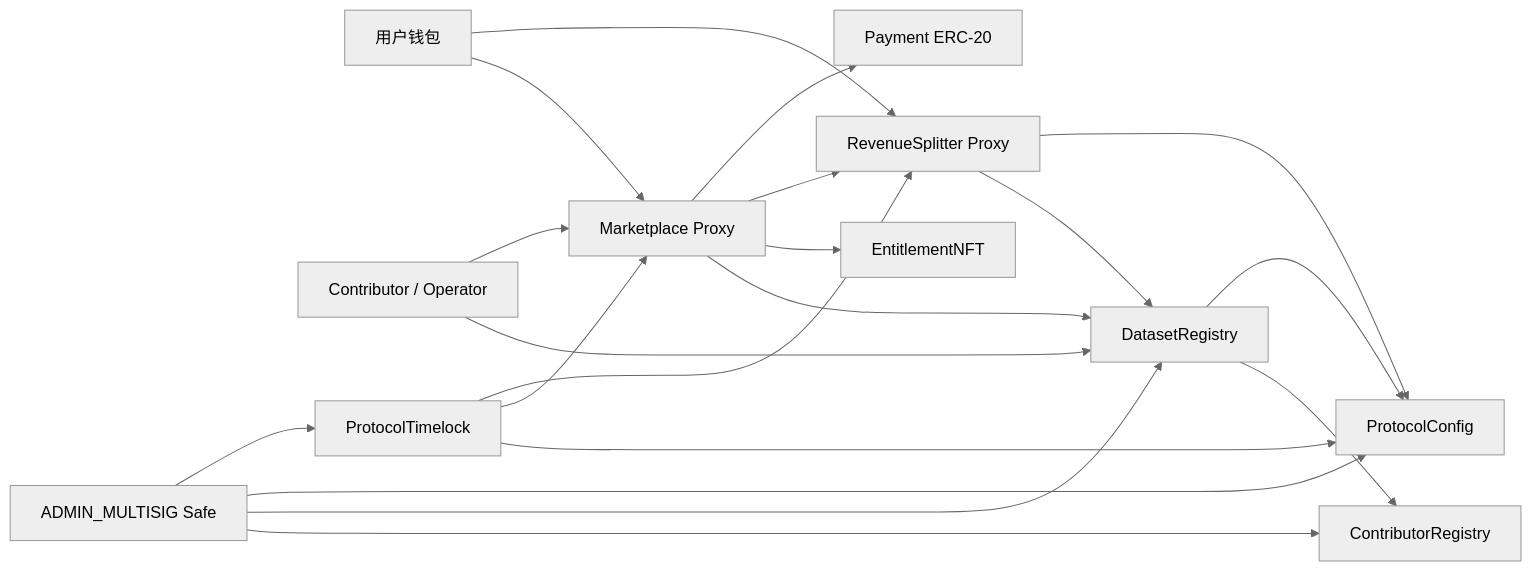
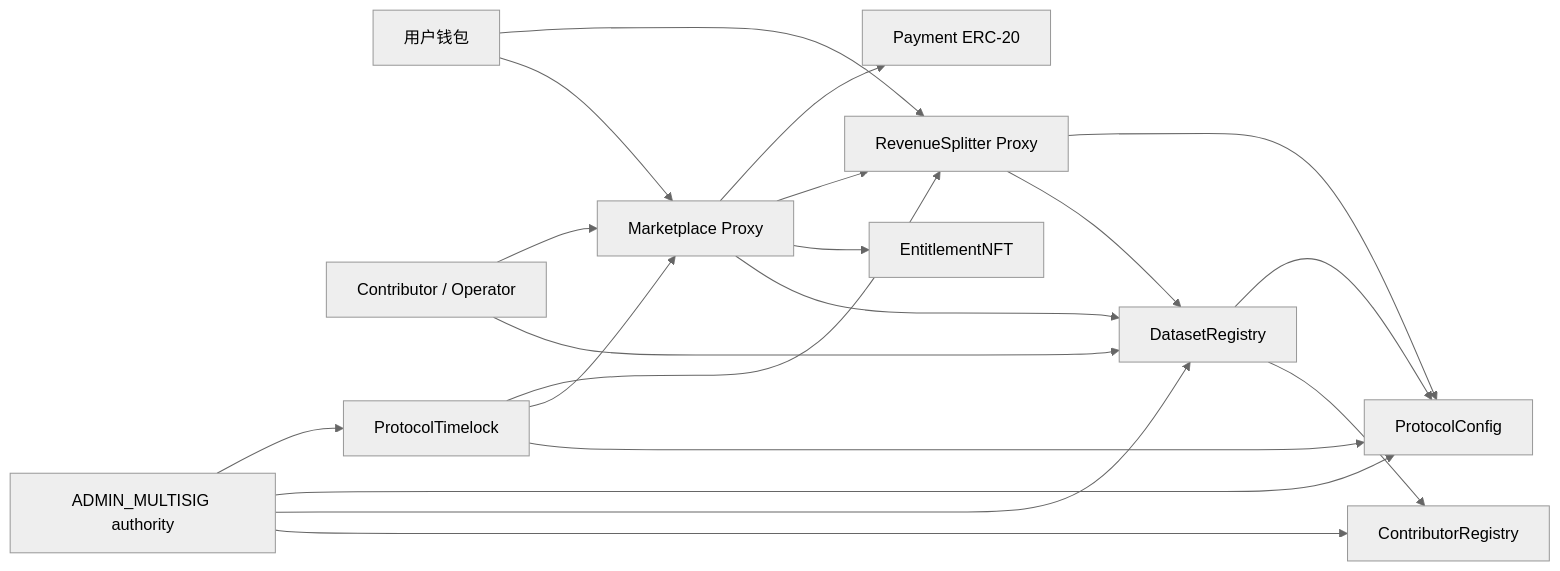
One commit to kuolijiwa/main-protocol changed the first of 2 diagrams in FRONTEND_INTEGRATION_GUIDE.md. Above: the diagram before and after it, drawn with Mermaid (neutral theme). The commit also changed other lines of this file and 3 other files, not shown here.

````diff
--- a/FRONTEND_INTEGRATION_GUIDE.md
+++ b/FRONTEND_INTEGRATION_GUIDE.md
@@ -83,22 +138,22 @@
 ```mermaid
 flowchart LR
   U["用户钱包"] --> M["Marketplace Proxy"]
   U --> R["RevenueSplitter Proxy"]
   C["Contributor / Operator"] --> D["DatasetRegistry"]
   C --> M
   M --> D
   M --> E["EntitlementNFT"]
   M --> R
   M --> T["Payment ERC-20"]
   D --> CR["ContributorRegistry"]
   D --> PC["ProtocolConfig"]
   R --> D
   R --> PC
-  A["ADMIN_MULTISIG Safe"] --> CR
+  A["ADMIN_MULTISIG authority"] --> CR
   A --> D
   A --> PC
   A --> TL["ProtocolTimelock"]
   TL --> PC
   TL --> M
   TL --> R
 ```
````
